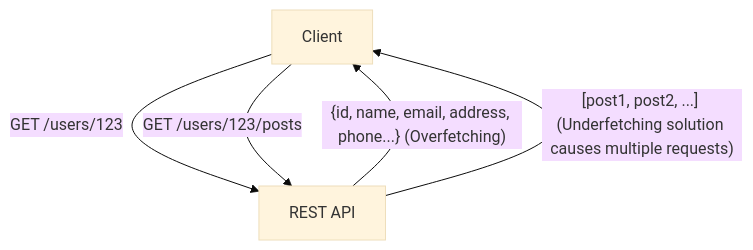
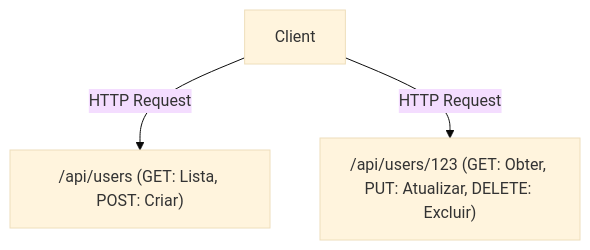
One commit to kenjinote/blog changed the diagram in content/post/graphql-vs-rest-api-design/index.pt.md. Above: the diagram before and after it, drawn with Mermaid (base theme). The commit also changed other lines of this file and 69 other files, not shown here.

````diff
--- a/content/post/graphql-vs-rest-api-design/index.pt.md
+++ b/content/post/graphql-vs-rest-api-design/index.pt.md
@@ -47,7 +22,8 @@
 ```mermaid
-graph TD
-    A["Client"] -- "GET /users/123" --> B["REST API"]
-    B -- "{id, name, email, address, phone...} (Overfetching)" --> A
-    A -- "GET /users/123/posts" --> B
-    B -- "[post1, post2, ...] (Underfetching solution causes multiple requests)" --> A
+flowchart TD
+    Client["Client"]
+    Users["/api/users (GET: Lista, POST: Criar)"]
+    UserItem["/api/users/123 (GET: Obter, PUT: Atualizar, DELETE: Excluir)"]
+    Client -- "HTTP Request" --> Users
+    Client -- "HTTP Request" --> UserItem
 ```
````
